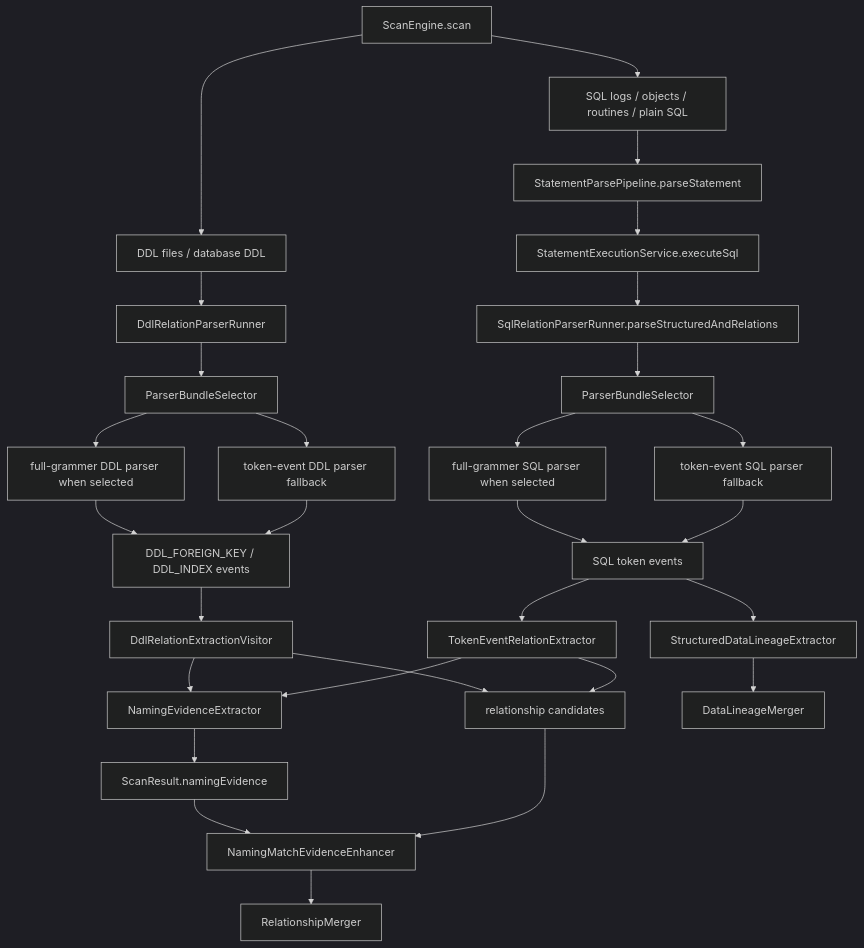
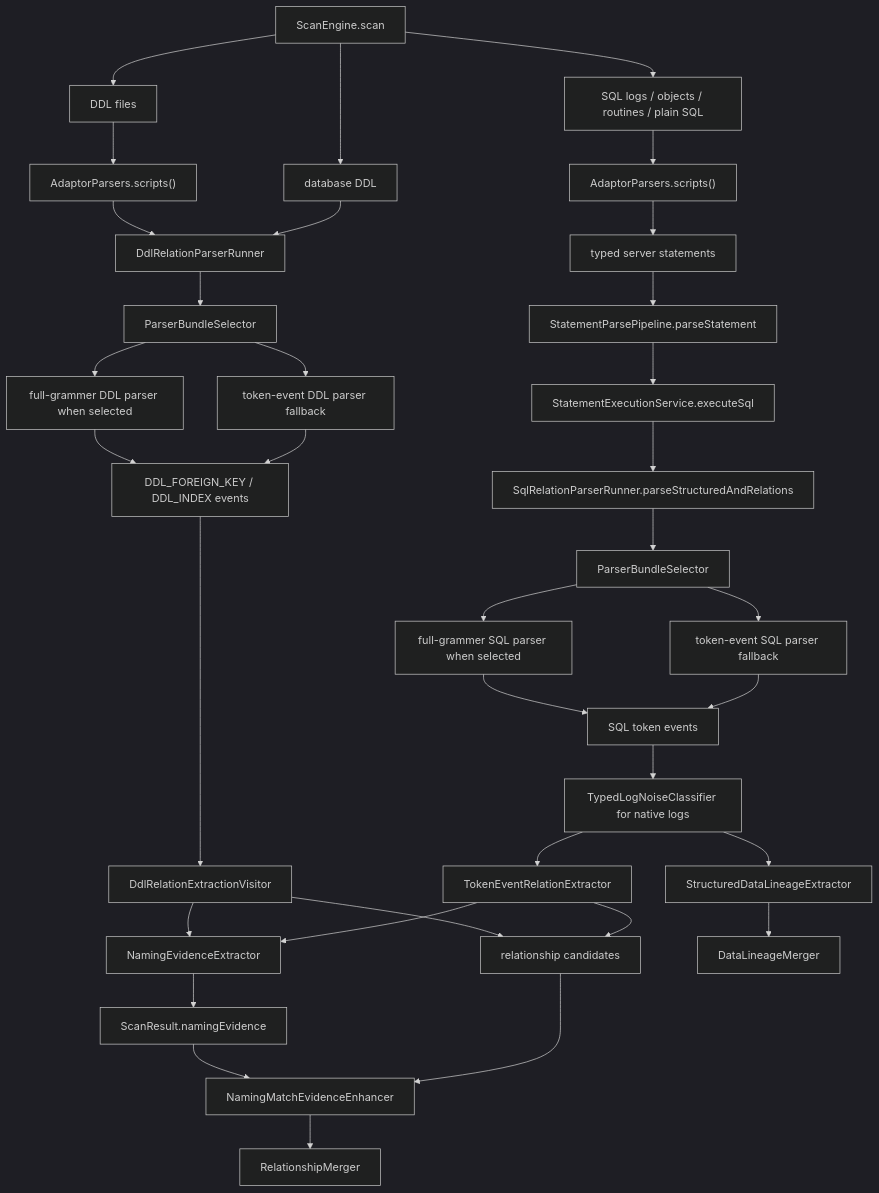
Before and after one commit to xiaoguang/relation-detector: the first of 7 diagrams in docs/design/relation-detector/phase-06-parser-enhancement.md, drawn with Mermaid (dark theme). The commit also changed other lines of this file and 1571 other files, not shown here.

````diff
--- a/docs/design/relation-detector/phase-06-parser-enhancement.md
+++ b/docs/design/relation-detector/phase-06-parser-enhancement.md
@@ -271,34 +291,40 @@
 ```mermaid
 flowchart TD
   scan["ScanEngine.scan"]
 
-  scan --> ddlInput["DDL files / database DDL"]
-  ddlInput --> ddlRunner["DdlRelationParserRunner"]
+  scan --> ddlFiles["DDL files"]
+  ddlFiles --> ddlScripts["AdaptorParsers.scripts()"]
+  ddlScripts --> ddlRunner["DdlRelationParserRunner"]
+  scan --> databaseDdl["database DDL"]
+  databaseDdl --> ddlRunner
   ddlRunner --> ddlBundle["ParserBundleSelector"]
   ddlBundle --> ddlFull["full-grammer DDL parser when selected"]
   ddlBundle --> ddlToken["token-event DDL parser fallback"]
   ddlFull --> ddlEvents["DDL_FOREIGN_KEY / DDL_INDEX events"]
   ddlToken --> ddlEvents
   ddlEvents --> ddlRel["DdlRelationExtractionVisitor"]
   ddlRel --> namingExtract["NamingEvidenceExtractor"]
   ddlRel --> relCandidates["relationship candidates"]
 
-  scan --> sqlInput["SQL logs / objects / routines / plain SQL"]
+  scan --> scriptInput["SQL logs / objects / routines / plain SQL"]
+  scriptInput --> scriptParser["AdaptorParsers.scripts()"]
+  scriptParser --> sqlInput["typed server statements"]
   sqlInput --> stmtPipeline["StatementParsePipeline.parseStatement"]
   stmtPipeline --> execution["StatementExecutionService.executeSql"]
   execution --> sqlRunner["SqlRelationParserRunner.parseStructuredAndRelations"]
   sqlRunner --> sqlBundle["ParserBundleSelector"]
   sqlBundle --> sqlFull["full-grammer SQL parser when selected"]
   sqlBundle --> sqlToken["token-event SQL parser fallback"]
   sqlFull --> sqlEvents["SQL token events"]
   sqlToken --> sqlEvents
-  sqlEvents --> lineage["StructuredDataLineageExtractor"]
+  sqlEvents --> noise["TypedLogNoiseClassifier for native logs"]
+  noise --> lineage["StructuredDataLineageExtractor"]
   lineage --> lineageMerge["DataLineageMerger"]
-  sqlEvents --> sqlRel["TokenEventRelationExtractor"]
+  noise --> sqlRel["TokenEventRelationExtractor"]
   sqlRel --> namingExtract
   sqlRel --> relCandidates
   namingExtract --> namingPool["ScanResult.namingEvidence"]
   namingPool --> namingEnhancer["NamingMatchEvidenceEnhancer"]
   relCandidates --> namingEnhancer
   namingEnhancer --> relMerge["RelationshipMerger"]
 ```
````
